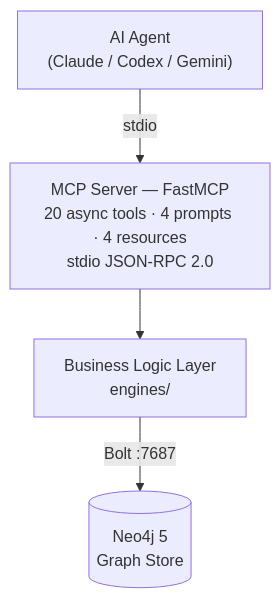
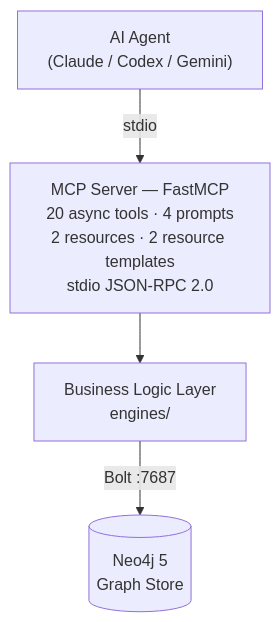
Before and after one commit to khoavu882/graphbase-memories-mcp: the diagram in docs/index.md, drawn with Mermaid. The commit also changed other lines of this file and 55 other files, not shown here.

````diff
--- a/docs/index.md
+++ b/docs/index.md
@@ -17,11 +17,11 @@
 ```mermaid
 graph TD
     A["AI Agent<br/>(Claude / Codex / Gemini)"]
-    B["MCP Server — FastMCP<br/>20 async tools · 4 prompts · 4 resources<br/>stdio JSON-RPC 2.0"]
+    B["MCP Server — FastMCP<br/>20 async tools · 4 prompts<br/>2 resources · 2 resource templates<br/>stdio JSON-RPC 2.0"]
     C["Business Logic Layer<br/>engines/"]
     I[("Neo4j 5<br/>Graph Store")]
 
     A -->|"stdio"| B
     B --> C
     C -->|"Bolt :7687"| I
 ```
````
